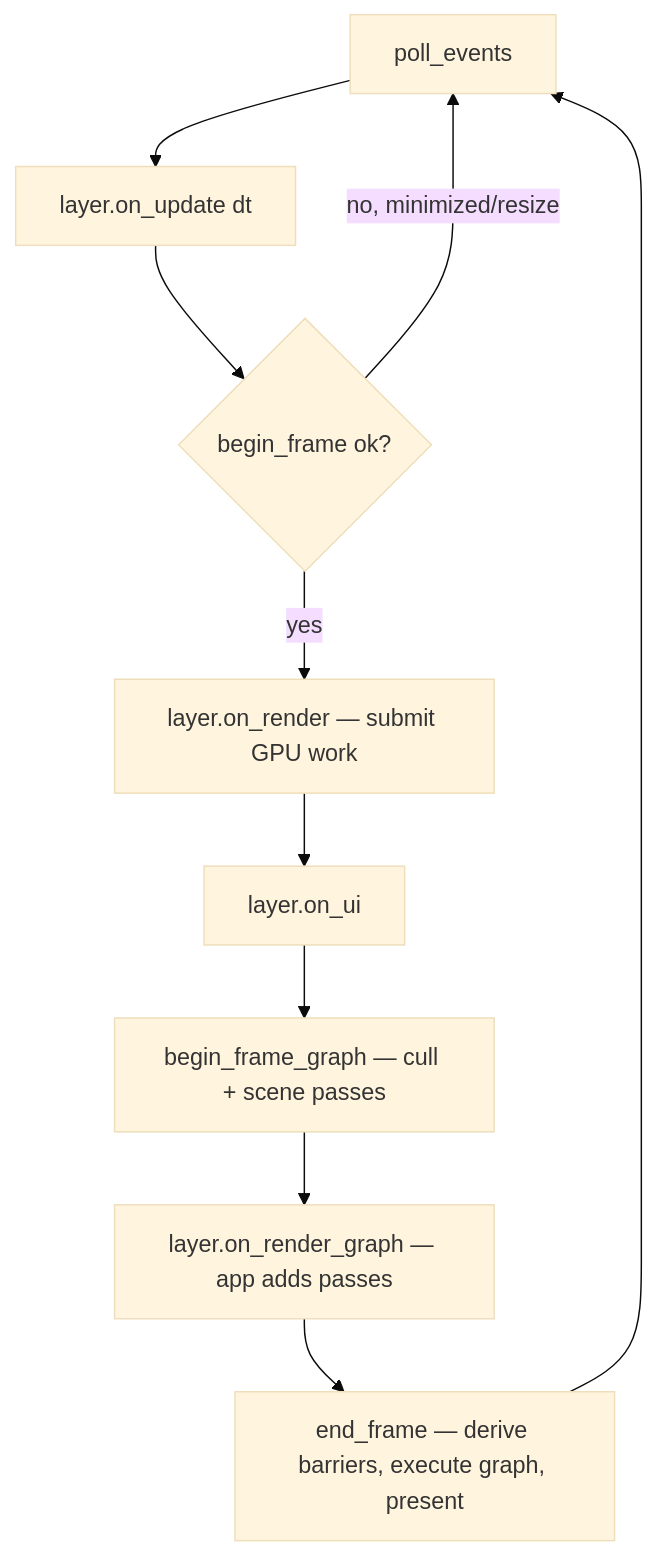
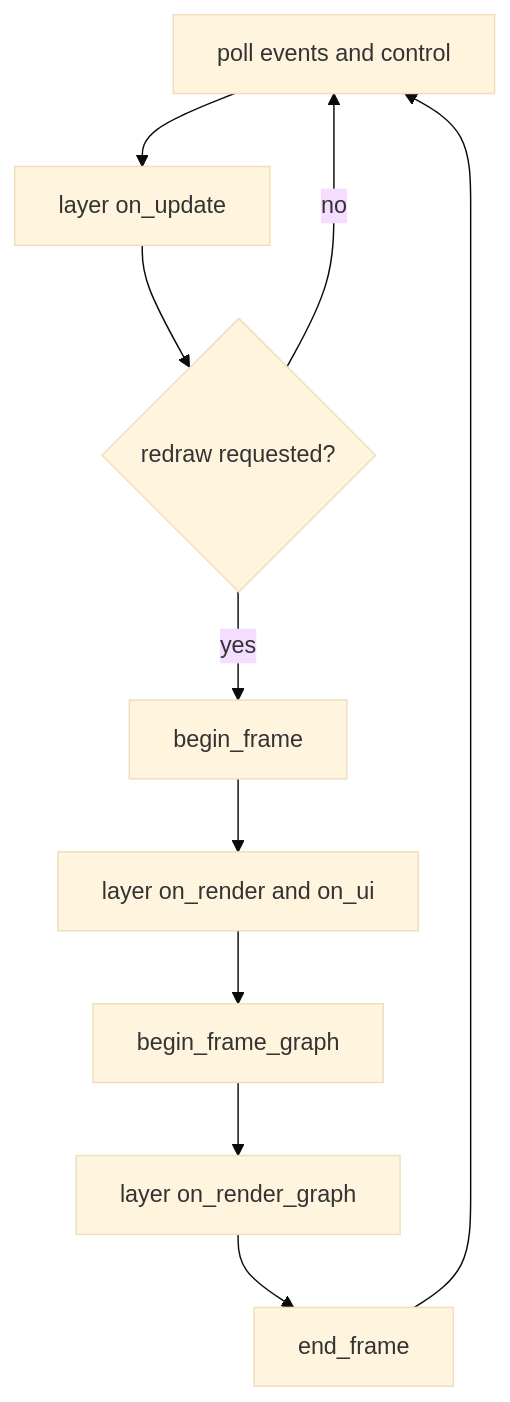
Before and after one commit to saffronjam/SaffronEngine: the second of 2 diagrams in docs/content/overview.md, drawn with Mermaid (base theme). The commit also changed other lines of this file and 2 other files, not shown here.

````diff
--- a/docs/content/overview.md
+++ b/docs/content/overview.md
@@ -30,12 +35,12 @@
 ```mermaid
 flowchart TD
-    A[poll_events] --> B[layer.on_update dt]
-    B --> C{begin_frame ok?}
-    C -- no, minimized/resize --> A
-    C -- yes --> D[layer.on_render — submit GPU work]
-    D --> E[layer.on_ui]
-    E --> F[begin_frame_graph — cull + scene passes]
-    F --> G[layer.on_render_graph — app adds passes]
-    G --> H[end_frame — derive barriers, execute graph, present]
+    A[poll events and control] --> B[layer on_update]
+    B --> C{redraw requested?}
+    C -- no --> A
+    C -- yes --> D[begin_frame]
+    D --> E[layer on_render and on_ui]
+    E --> F[begin_frame_graph]
+    F --> G[layer on_render_graph]
+    G --> H[end_frame]
     H --> A
 ```
````
